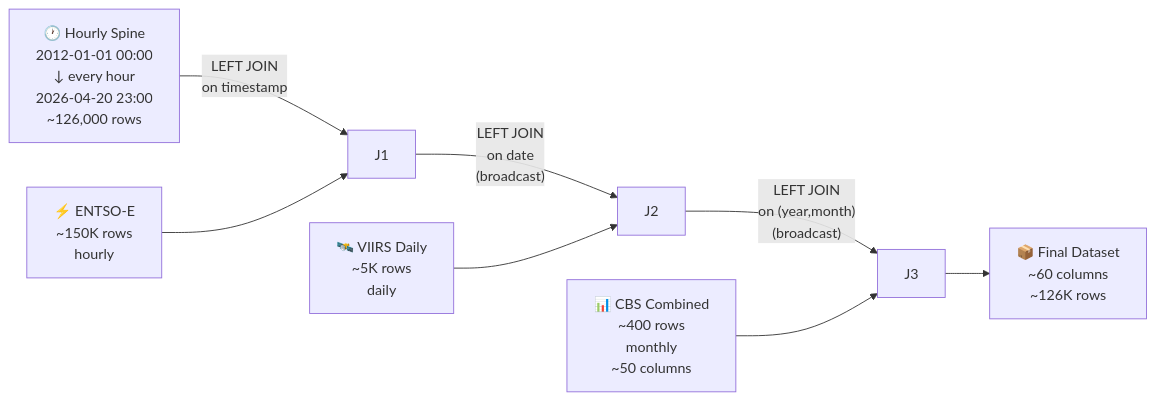
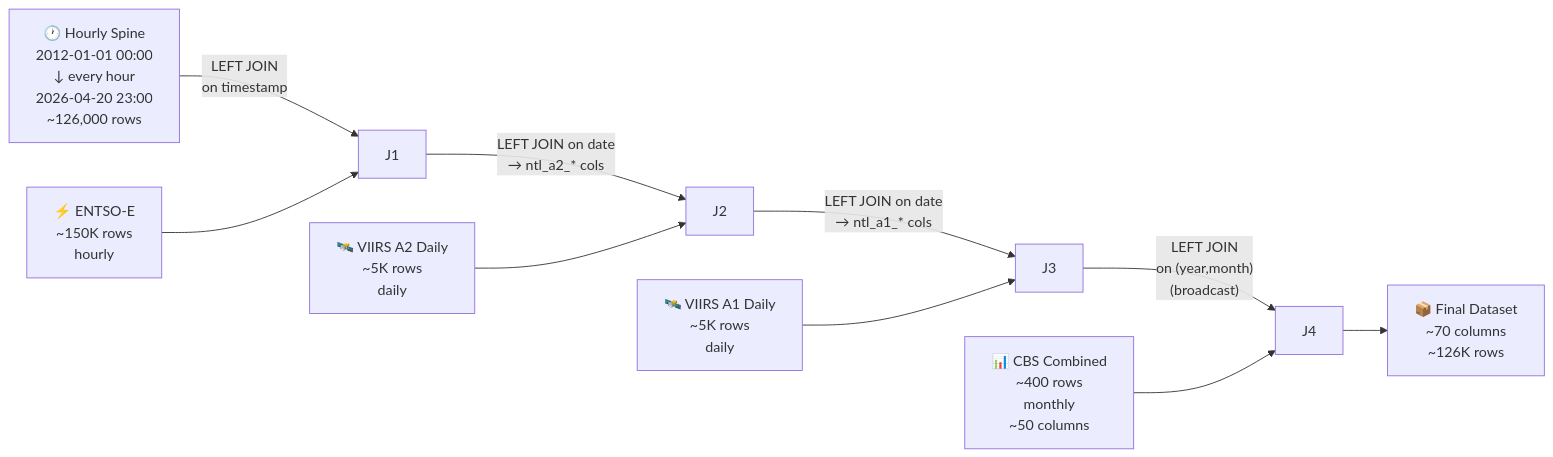
The second of 3 diagrams in pipeline_architecture.md (malakkhan/energy-demand-forecast-nl), drawn with Mermaid before and after one commit. The commit also changed other lines of this file and 4 other files, not shown here.

````diff
--- a/pipeline_architecture.md
+++ b/pipeline_architecture.md
@@ -364,19 +424,23 @@
 ```mermaid
 flowchart LR
     SPINE["🕐 Hourly Spine\n2012-01-01 00:00\n   ↓ every hour\n2026-04-20 23:00\n~126,000 rows"]
 
     E["⚡ ENTSO-E\n~150K rows\nhourly"]
-    V["🛰️ VIIRS Daily\n~5K rows\ndaily"]
+    VA2["🛰️ VIIRS A2 Daily\n~5K rows\ndaily"]
+    VA1["🛰️ VIIRS A1 Daily\n~5K rows\ndaily"]
     C["📊 CBS Combined\n~400 rows\nmonthly\n~50 columns"]
 
     SPINE -->|"LEFT JOIN\non timestamp"| J1
     E --> J1
 
-    J1 -->|"LEFT JOIN\non date\n(broadcast)"| J2
-    V --> J2
+    J1 -->|"LEFT JOIN on date\n→ ntl_a2_* cols"| J2
+    VA2 --> J2
 
-    J2 -->|"LEFT JOIN\non (year,month)\n(broadcast)"| J3
-    C --> J3
+    J2 -->|"LEFT JOIN on date\n→ ntl_a1_* cols"| J3
+    VA1 --> J3
 
-    J3 --> OUT["📦 Final Dataset\n~60 columns\n~126K rows"]
+    J3 -->|"LEFT JOIN\non (year,month)\n(broadcast)"| J4
+    C --> J4
+
+    J4 --> OUT["📦 Final Dataset\n~70 columns\n~126K rows"]
 ```
````
